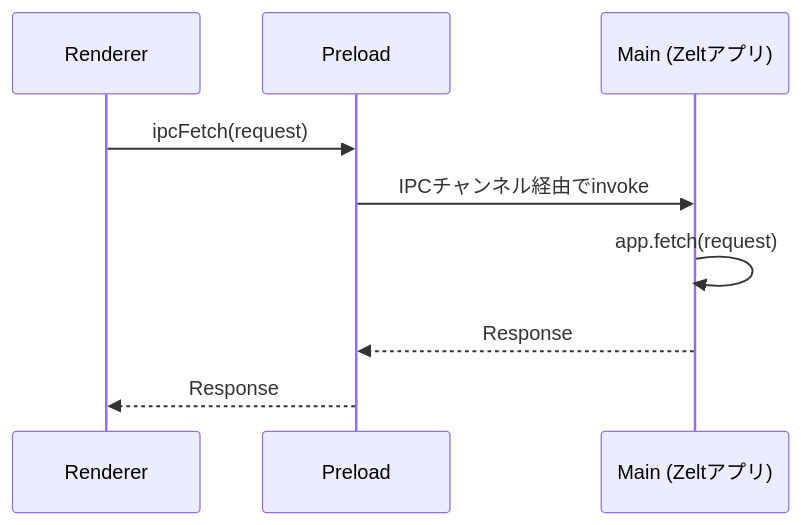
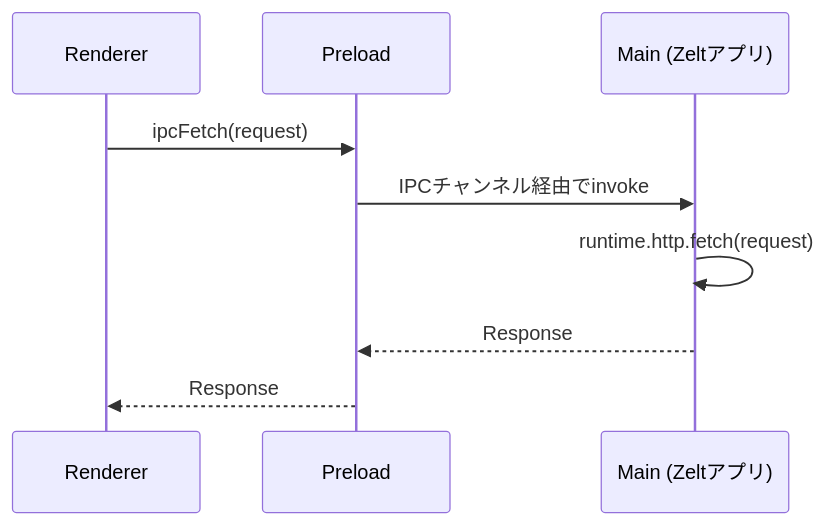
Before and after one commit to zeltjs/zelt: the diagram in website/i18n/ja/docusaurus-plugin-content-docs/current/electron/ipc-bridge.md, drawn with Mermaid. The commit also changed other lines of this file and 50 other files, not shown here.

````diff
--- a/website/i18n/ja/docusaurus-plugin-content-docs/current/electron/ipc-bridge.md
+++ b/website/i18n/ja/docusaurus-plugin-content-docs/current/electron/ipc-bridge.md
@@ -11,12 +11,12 @@
 ```mermaid
 sequenceDiagram
   participant R as Renderer
   participant P as Preload
   participant M as Main (Zeltアプリ)
 
   R->>P: ipcFetch(request)
   P->>M: IPCチャンネル経由でinvoke
-  M->>M: app.fetch(request)
+  M->>M: runtime.http.fetch(request)
   M-->>P: Response
   P-->>R: Response
 ```
````
